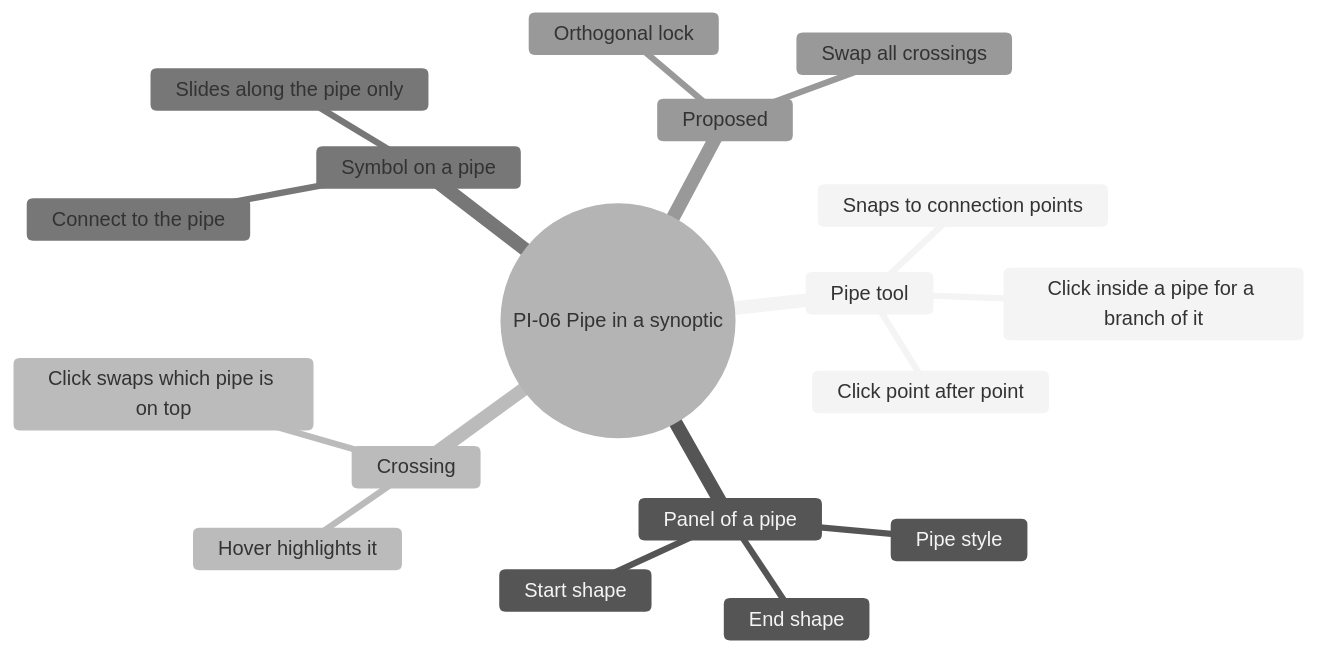
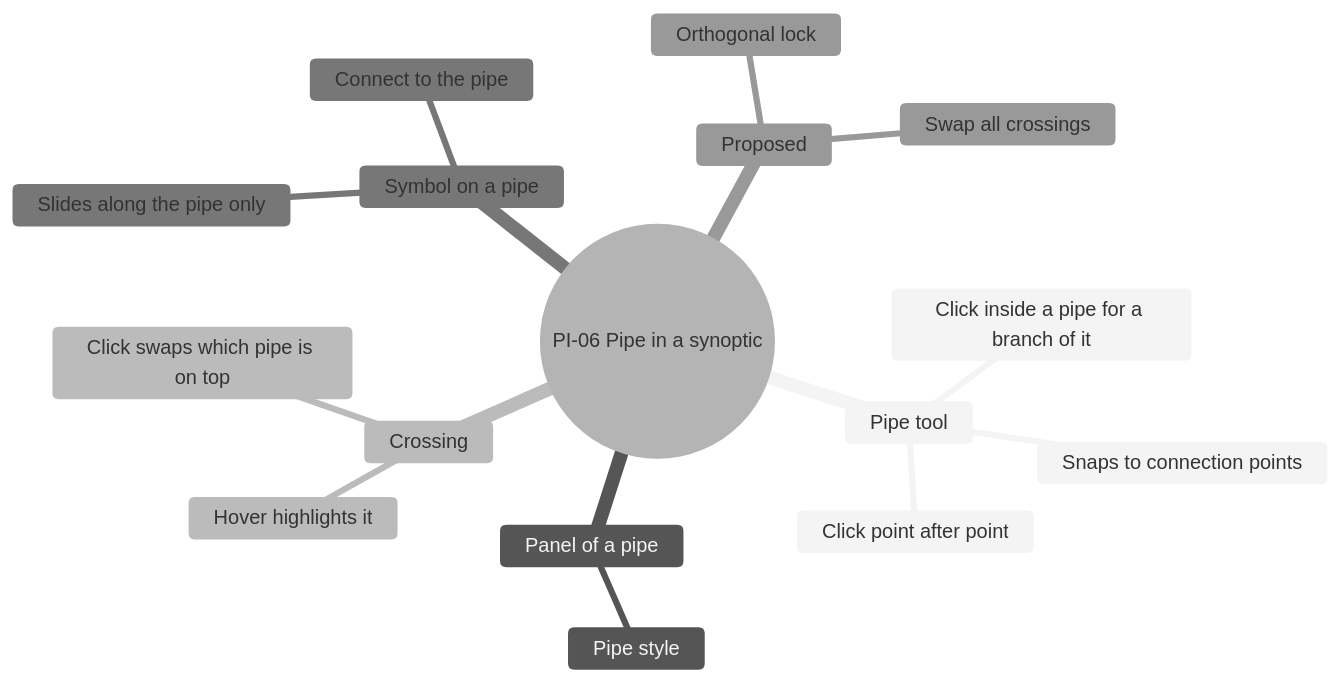
Before and after one commit to AlexandreGallais/synoptic-studio-spec: the sixth of 6 diagrams in screens/pipes.md, drawn with Mermaid (neutral theme). The commit also changed other lines of this file and 16 other files, not shown here.

````diff
--- a/screens/pipes.md
+++ b/screens/pipes.md
@@ -258,21 +202,19 @@
 ```mermaid
 mindmap
   root((PI-06 Pipe in a synoptic))
     Pipe tool
       Click point after point
       Snaps to connection points
       Click inside a pipe for a branch of it
     Panel of a pipe
       Pipe style
-      Start shape
-      End shape
     Crossing
       Hover highlights it
       Click swaps which pipe is on top
     Symbol on a pipe
       Connect to the pipe
       Slides along the pipe only
     Proposed
       Orthogonal lock
       Swap all crossings
 ```
````
